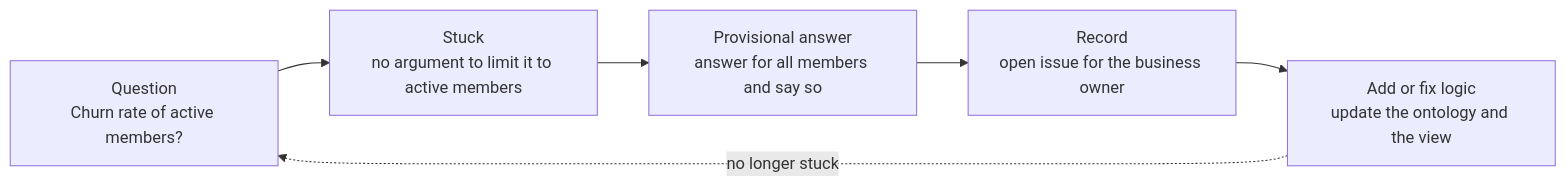
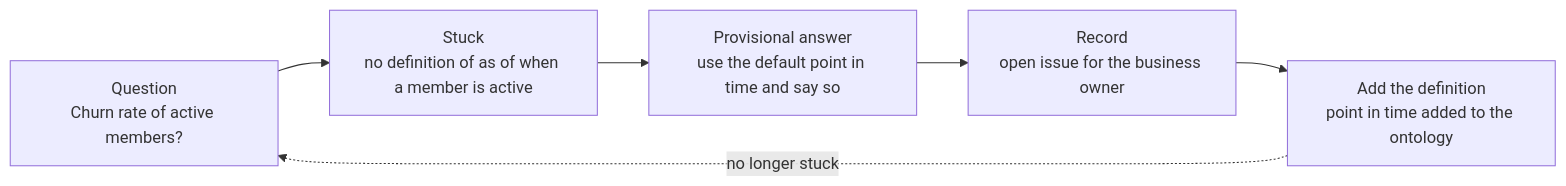
One commit to keito118/ai-ready-requirements changed the second of 2 diagrams in framework/en/07_ai-processing-flow.md. Above: the diagram before and after it, drawn with Mermaid. The commit also changed other lines of this file and 16 other files, not shown here.

````diff
--- a/framework/en/07_ai-processing-flow.md
+++ b/framework/en/07_ai-processing-flow.md
@@ -60,8 +59,8 @@
 ```mermaid
 flowchart LR
-  Q[Question<br/>Churn rate of active members?] --> X[Stuck<br/>no argument to limit it to active members]
-  X --> T[Provisional answer<br/>answer for all members and say so]
+  Q[Question<br/>Churn rate of active members?] --> X[Stuck<br/>no definition of as of when a member is active]
+  X --> T[Provisional answer<br/>use the default point in time and say so]
   T --> R[Record<br/>open issue for the business owner]
-  R --> F[Add or fix logic<br/>update the ontology and the view]
+  R --> F[Add the definition<br/>point in time added to the ontology]
   F -. no longer stuck .-> Q
 ```
````
